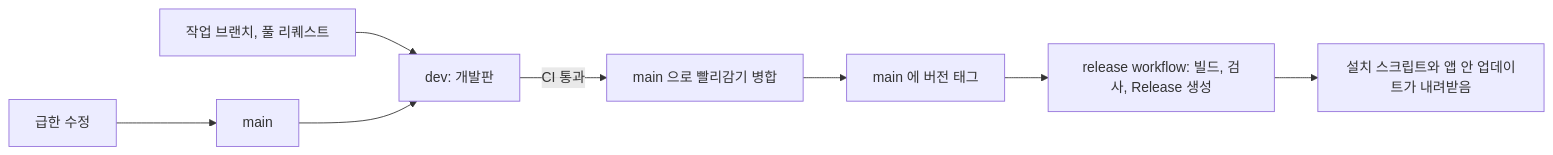
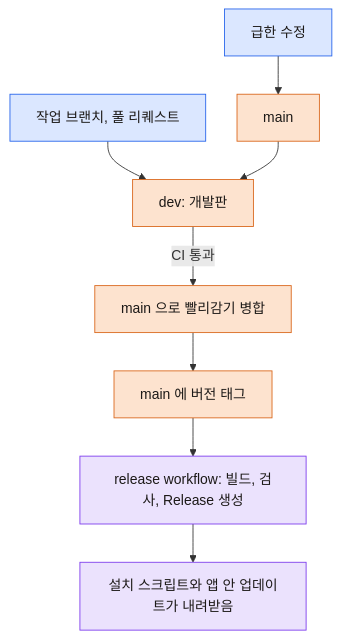
The third of 3 diagrams in docs/architecture/console-and-ops.md (kim0040/masamong2), drawn with Mermaid before and after one commit. The commit also changed other lines of this file and 5 other files, not shown here.

Commit message:
docs: the Mermaid diagrams share one class palette with explicit text colours, run top-down to fit the page, and the sequence diagram is narrower

````diff
--- a/docs/architecture/console-and-ops.md
+++ b/docs/architecture/console-and-ops.md
@@ -174,10 +195,20 @@
 ```mermaid
-flowchart LR
+%%{init: {"flowchart": {"curve": "basis", "nodeSpacing": 36, "rankSpacing": 44}}}%%
+flowchart TB
   W["작업 브랜치, 풀 리퀘스트"] --> DEV["dev: 개발판"]
   DEV -- "CI 통과" --> FF["main 으로 빨리감기 병합"]
   FF --> TAG["main 에 버전 태그"]
   TAG --> REL["release workflow: 빌드, 검사, Release 생성"]
   REL --> INST["설치 스크립트와 앱 안 업데이트가 내려받음"]
   HOT["급한 수정"] --> MAIN["main"]
   MAIN --> DEV
+
+  classDef entry fill:#dbe7ff,stroke:#2563eb,color:#1c1917
+  classDef core fill:#fde3cf,stroke:#d9661a,color:#1c1917
+  classDef memory fill:#dcf3e3,stroke:#15803d,color:#1c1917
+  classDef external fill:#ebe2fd,stroke:#7c3aed,color:#1c1917
+  classDef store fill:#e7e5e4,stroke:#57534e,color:#1c1917
+  class W,HOT entry
+  class DEV,FF,TAG,MAIN core
+  class REL,INST external
 ```
````
